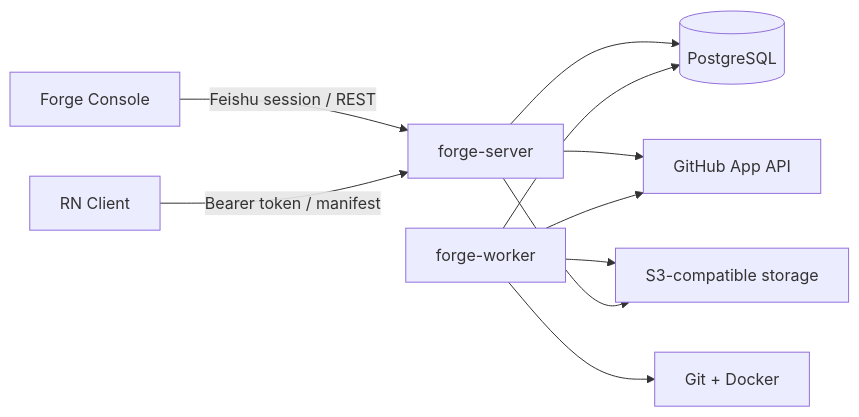
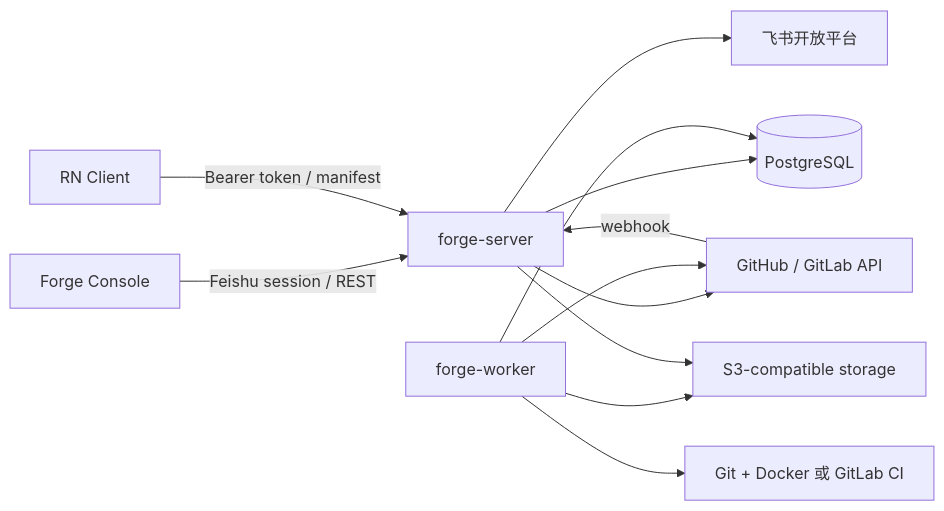
One commit to seaooo-code/forge-server changed the diagram in README.md. Above: the diagram before and after it, drawn with Mermaid. The commit also changed other lines of this file and 15 other files, not shown here.

````diff
--- a/README.md
+++ b/README.md
@@ -7,12 +7,14 @@
 ```mermaid
 flowchart LR
   Console["Forge Console"] -->|"Feishu session / REST"| API["forge-server"]
   Client["RN Client"] -->|"Bearer token / manifest"| API
   API --> PostgreSQL[(PostgreSQL)]
-  API --> GitHub["GitHub App API"]
+  API --> Feishu["飞书开放平台"]
+  API --> Git["GitHub / GitLab API"]
+  Git -->|"webhook"| API
   Worker["forge-worker"] --> PostgreSQL
-  Worker --> GitHub
-  Worker --> Docker["Git + Docker"]
+  Worker --> Git
+  Worker --> Docker["Git + Docker 或 GitLab CI"]
   Worker --> S3["S3-compatible storage"]
   API --> S3
 ```
````
